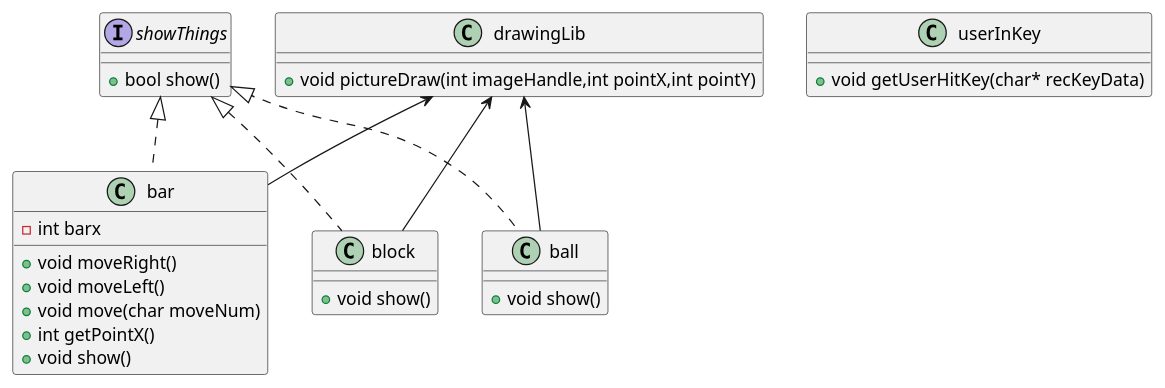
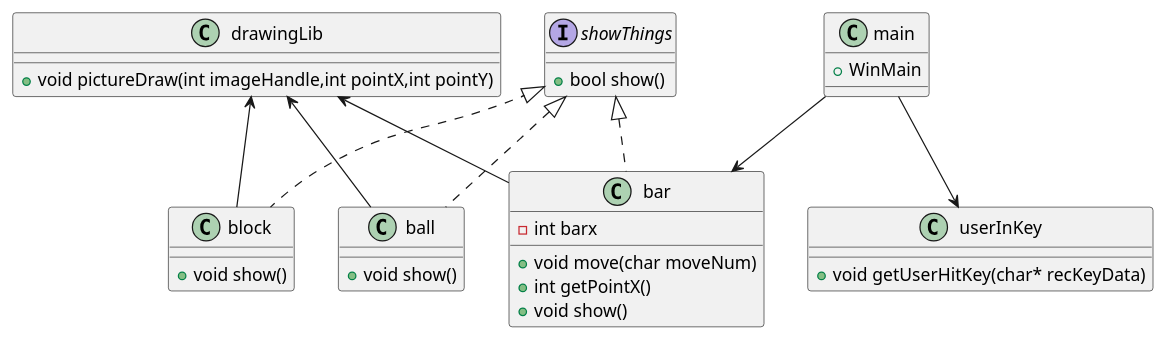
Before and after one commit to terapotan/Aimforcomplete: the diagram in Aimforconplete-TDD/TodoList.md, drawn with PlantUML. The commit also changed other lines of this file and 12 other files, not shown here.

```diff
--- a/Aimforconplete-TDD/TodoList.md
+++ b/Aimforconplete-TDD/TodoList.md
@@ -60,36 +61,38 @@
 ~~~plantuml
 @startuml
 interface showThings{
     + bool show()
 }
 class bar{
     - int barx
-    + void moveRight()
-    + void moveLeft()
     + void move(char moveNum)
     + int getPointX()
     + void show()
 }
 class block{
     + void show()
 }
 class ball{
     + void show()
 }
 class drawingLib{
     + void pictureDraw(int imageHandle,int pointX,int pointY)
 }
 
 class userInKey{
     + void getUserHitKey(char* recKeyData)
 }
+class main{
+    + WinMain
+}
 
 showThings <|.. bar
 showThings <|.. block
 showThings <|.. ball
 drawingLib <-down- bar
 drawingLib <-down- block
 drawingLib <-down- ball
-
+main --> bar
+main --> userInKey
 @enduml
 ~~~
```
